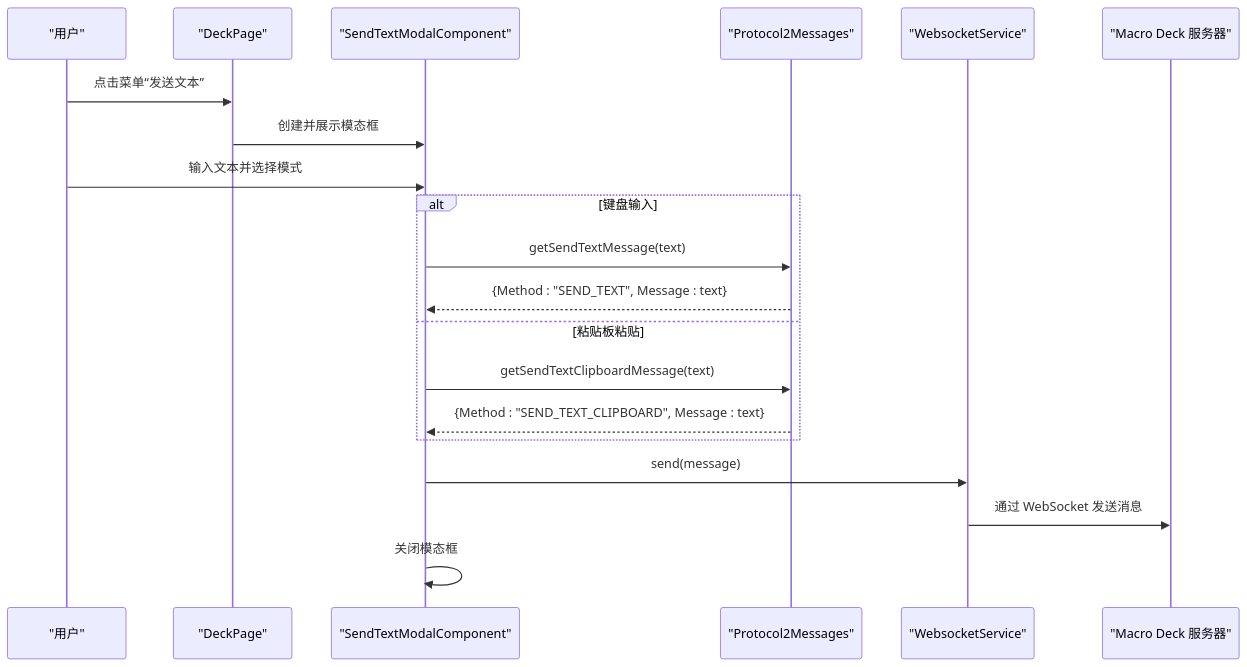
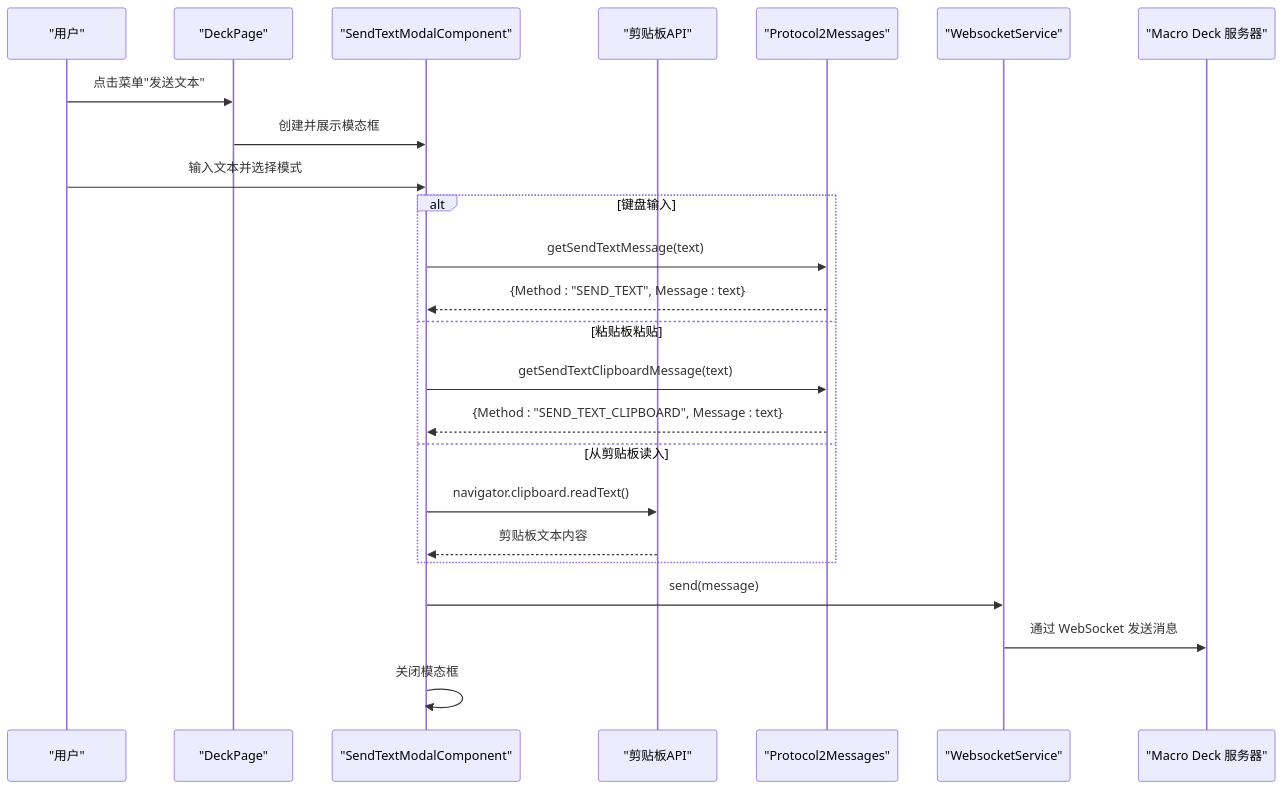
Before and after one commit to tea4go/Macro-Deck-Client-App: the second of 4 diagrams in .qoder/repowiki/zh/content/核心功能模块/文本发送功能.md, drawn with Mermaid. The commit also changed other lines of this file and 39 other files, not shown here.

````diff
--- a/.qoder/repowiki/zh/content/核心功能模块/文本发送功能.md
+++ b/.qoder/repowiki/zh/content/核心功能模块/文本发送功能.md
@@ -69,22 +79,26 @@
 ```mermaid
 sequenceDiagram
 participant User as "用户"
 participant Deck as "DeckPage"
 participant Modal as "SendTextModalComponent"
+participant Clipboard as "剪贴板API"
 participant Proto as "Protocol2Messages"
 participant WS as "WebsocketService"
 participant Server as "Macro Deck 服务器"
-User->>Deck : 点击菜单“发送文本”
+User->>Deck : 点击菜单"发送文本"
 Deck->>Modal : 创建并展示模态框
 User->>Modal : 输入文本并选择模式
 alt 键盘输入
 Modal->>Proto : getSendTextMessage(text)
 Proto-->>Modal : {Method : "SEND_TEXT", Message : text}
 else 粘贴板粘贴
 Modal->>Proto : getSendTextClipboardMessage(text)
 Proto-->>Modal : {Method : "SEND_TEXT_CLIPBOARD", Message : text}
+else 从剪贴板读入
+Modal->>Clipboard : navigator.clipboard.readText()
+Clipboard-->>Modal : 剪贴板文本内容
 end
 Modal->>WS : send(message)
 WS->>Server : 通过 WebSocket 发送消息
 Modal->>Modal : 关闭模态框
 ```
````
